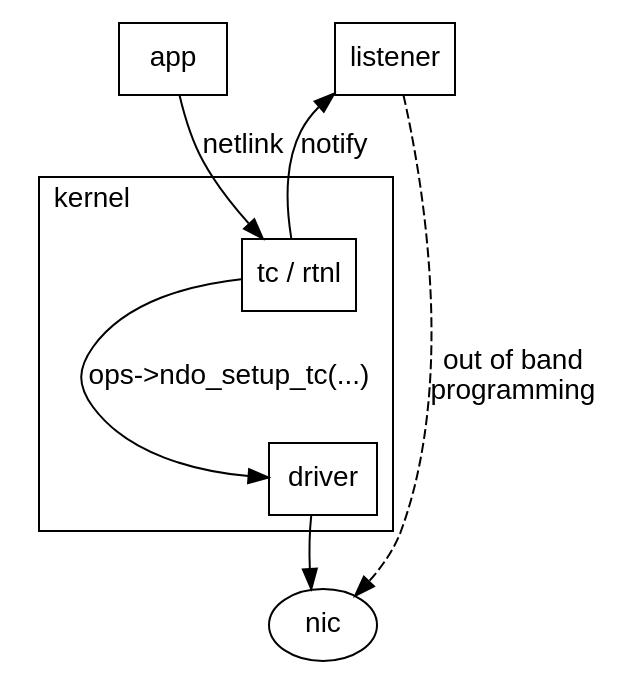
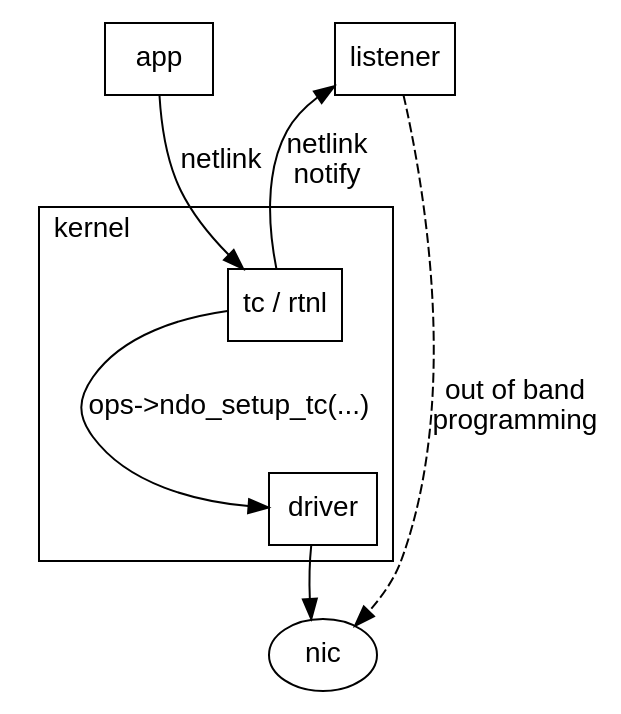
The second of 4 diagrams in netlink/README.org (donaldh/opi-proto), drawn with Graphviz before and after one commit. The commit also changed other lines of this file and 3 other files, not shown here.

Commit message:
More diagram tweaks to fix layout

```diff
--- a/netlink/README.org
+++ b/netlink/README.org
@@ -42,29 +42,29 @@
 #+begin_src dot :file mirror_state.png :exports results
  digraph mirror_state {
         fontname="Arial"
         node [fontname="Arial"]
         edge [fontname="Arial"]
 
         subgraph user_space {
                 app [shape=box]
                 listener [shape=box]
                 rank = same;
         }
         subgraph cluster_kernel {
                 label = "kernel"
                 labeljust = "l"
                 tc [shape=box; label="tc / rtnl"]
                 driver [shape=box]
         }
 
         app -> tc [label="netlink"]
-        listener -> tc [label="notify"; dir=back]
+        listener -> tc [label="netlink\nnotify"; dir=back]
         tc -> driver [label="ops->ndo_setup_tc(...)"]
         driver -> nic
 
         listener -> nic [label="out of band\nprogramming" style=dashed]
 
         edge[style=invis]
         listener->tc->driver->nic
  }
 #+end_src
```
